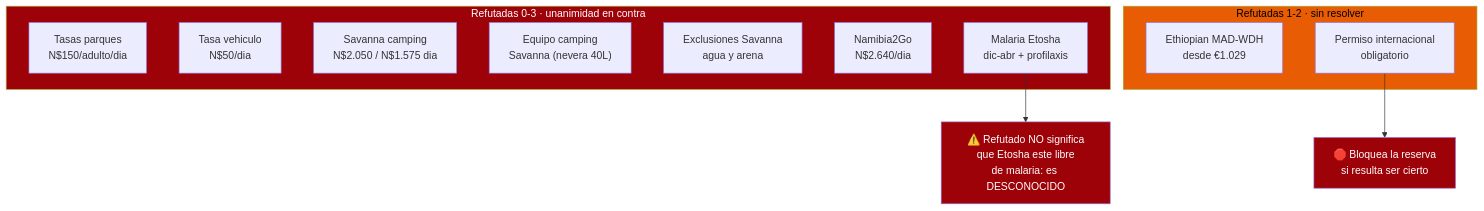
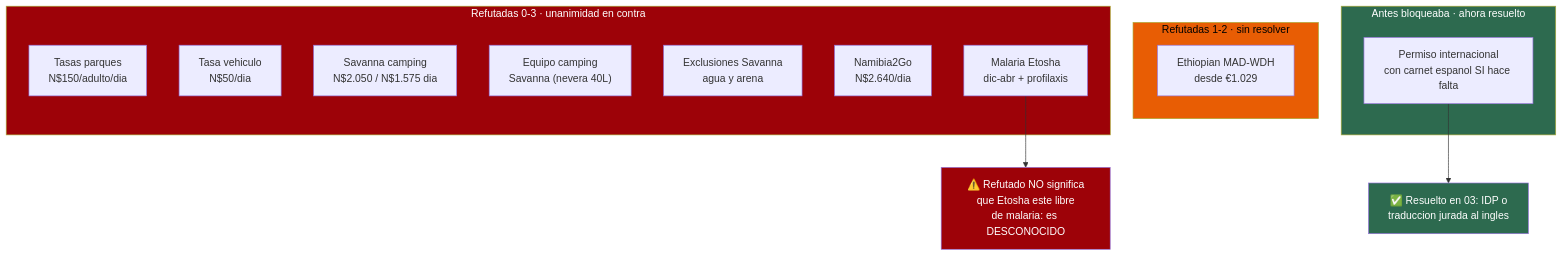
The third of 3 diagrams in 01-hallazgos-verificados.md (morandeirachema/namibia), drawn with Mermaid before and after one commit. The commit also changed other lines of this file and 2 other files, not shown here.

Commit message:
Cerrar el hueco del permiso internacional de conducir: con carnet espanol si hace falta

````diff
--- a/01-hallazgos-verificados.md
+++ b/01-hallazgos-verificados.md
@@ -245,22 +245,25 @@
 ```mermaid
 flowchart TD
     subgraph MUERTAS["Refutadas 0-3 · unanimidad en contra"]
         A["Tasas parques<br/>N$150/adulto/dia"]
         B["Tasa vehiculo<br/>N$50/dia"]
         C["Savanna camping<br/>N$2.050 / N$1.575 dia"]
         D["Equipo camping<br/>Savanna (nevera 40L)"]
         E["Exclusiones Savanna<br/>agua y arena"]
         F["Namibia2Go<br/>N$2.640/dia"]
         G["Malaria Etosha<br/>dic-abr + profilaxis"]
     end
     subgraph DUDOSAS["Refutadas 1-2 · sin resolver"]
         H["Ethiopian MAD-WDH<br/>desde €1.029"]
-        I["Permiso internacional<br/>obligatorio"]
+    end
+    subgraph CERRADO["Antes bloqueaba · ahora resuelto"]
+        I["Permiso internacional<br/>con carnet espanol SI hace falta"]
     end
     G --> AVISO["⚠️ Refutado NO significa<br/>que Etosha este libre<br/>de malaria: es DESCONOCIDO"]
-    I --> BLOQ["🛑 Bloquea la reserva<br/>si resulta ser cierto"]
+    I --> OK["✅ Resuelto en 03: IDP o<br/>traduccion jurada al ingles"]
     style MUERTAS fill:#9d0208,color:#fff
     style DUDOSAS fill:#e85d04,color:#000
+    style CERRADO fill:#2d6a4f,color:#fff
     style AVISO fill:#9d0208,color:#fff
-    style BLOQ fill:#9d0208,color:#fff
+    style OK fill:#2d6a4f,color:#fff
 ```
````
